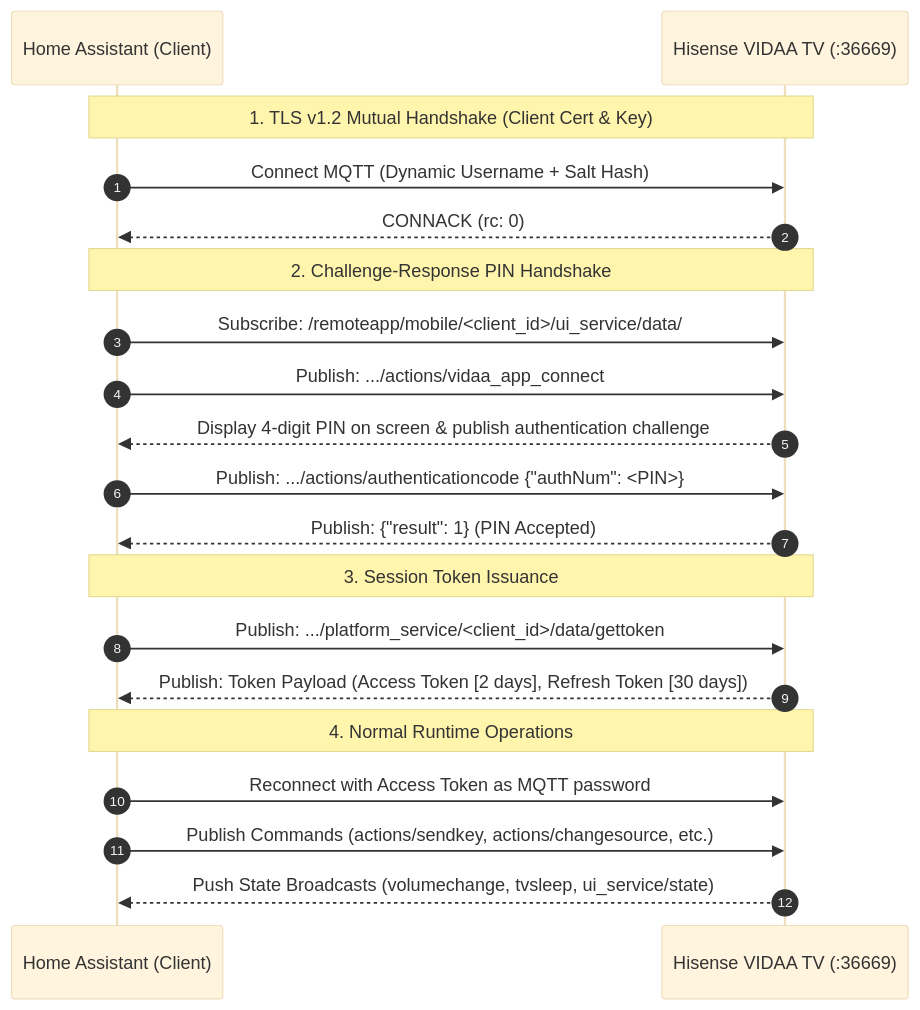
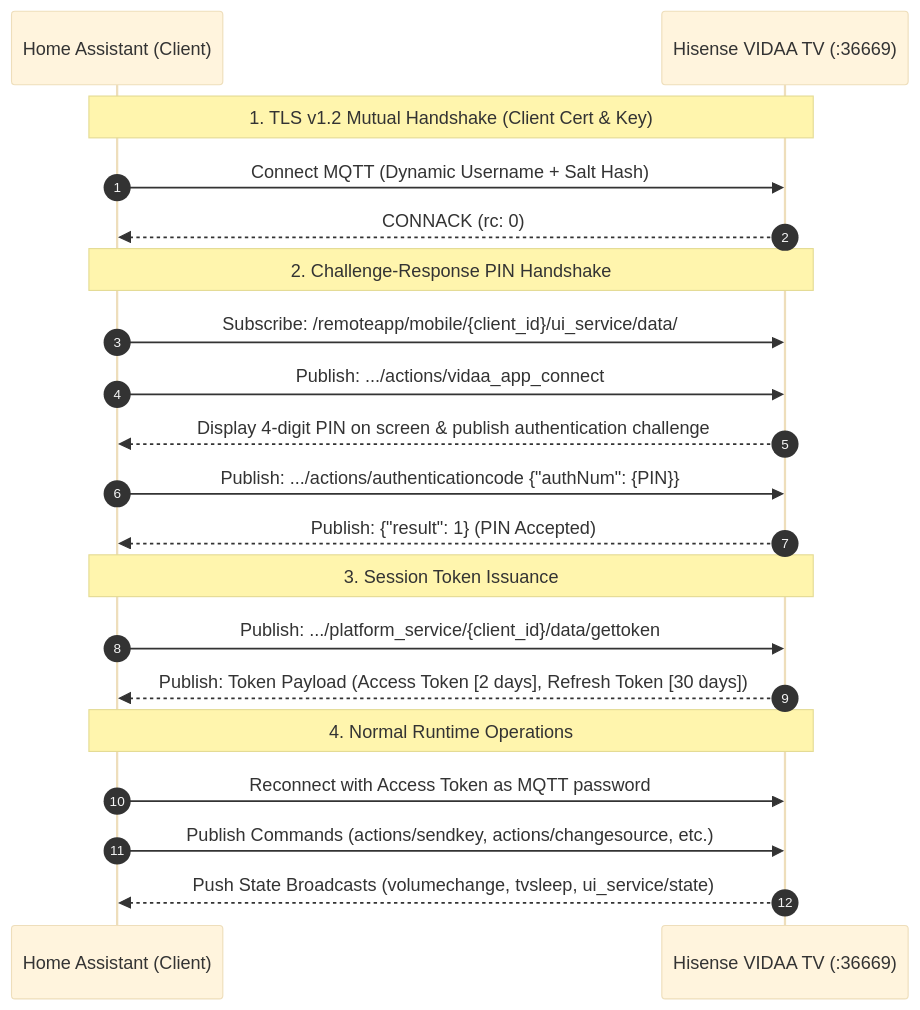
One commit to stevene1919/hisense_vidaa changed the first of 3 diagrams in docs/protocol_architecture.md. Above: the diagram before and after it, drawn with Mermaid (base theme).

Commit message:
docs: use bracket placeholders in protocol architecture sequence diagram

````diff
--- a/docs/protocol_architecture.md
+++ b/docs/protocol_architecture.md
@@ -18,26 +18,26 @@
 ```mermaid
 sequenceDiagram
     autonumber
     participant HA as Home Assistant (Client)
     participant TV as Hisense VIDAA TV (:36669)
     
     Note over HA,TV: 1. TLS v1.2 Mutual Handshake (Client Cert & Key)
     HA->>TV: Connect MQTT (Dynamic Username + Salt Hash)
     TV-->>HA: CONNACK (rc: 0)
     
     Note over HA,TV: 2. Challenge-Response PIN Handshake
-    HA->>TV: Subscribe: /remoteapp/mobile/<client_id>/ui_service/data/#
+    HA->>TV: Subscribe: /remoteapp/mobile/{client_id}/ui_service/data/#
     HA->>TV: Publish: .../actions/vidaa_app_connect
     TV-->>HA: Display 4-digit PIN on screen & publish authentication challenge
-    HA->>TV: Publish: .../actions/authenticationcode {"authNum": <PIN>}
+    HA->>TV: Publish: .../actions/authenticationcode {"authNum": {PIN}}
     TV-->>HA: Publish: {"result": 1} (PIN Accepted)
     
     Note over HA,TV: 3. Session Token Issuance
-    HA->>TV: Publish: .../platform_service/<client_id>/data/gettoken
+    HA->>TV: Publish: .../platform_service/{client_id}/data/gettoken
     TV-->>HA: Publish: Token Payload (Access Token [2 days], Refresh Token [30 days])
     
     Note over HA,TV: 4. Normal Runtime Operations
     HA->>TV: Reconnect with Access Token as MQTT password
     HA->>TV: Publish Commands (actions/sendkey, actions/changesource, etc.)
     TV-->>HA: Push State Broadcasts (volumechange, tvsleep, ui_service/state)
 ```
````
